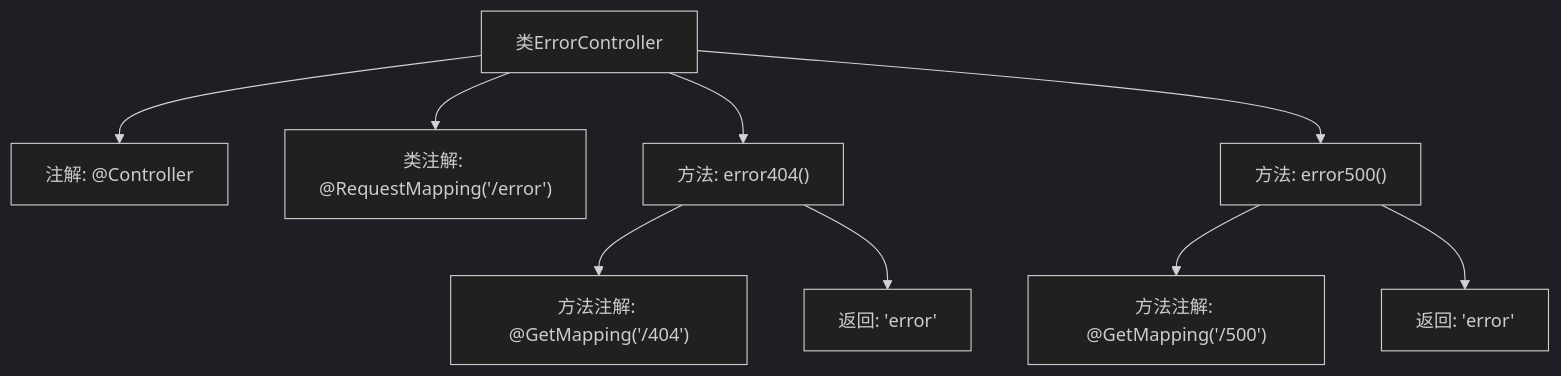
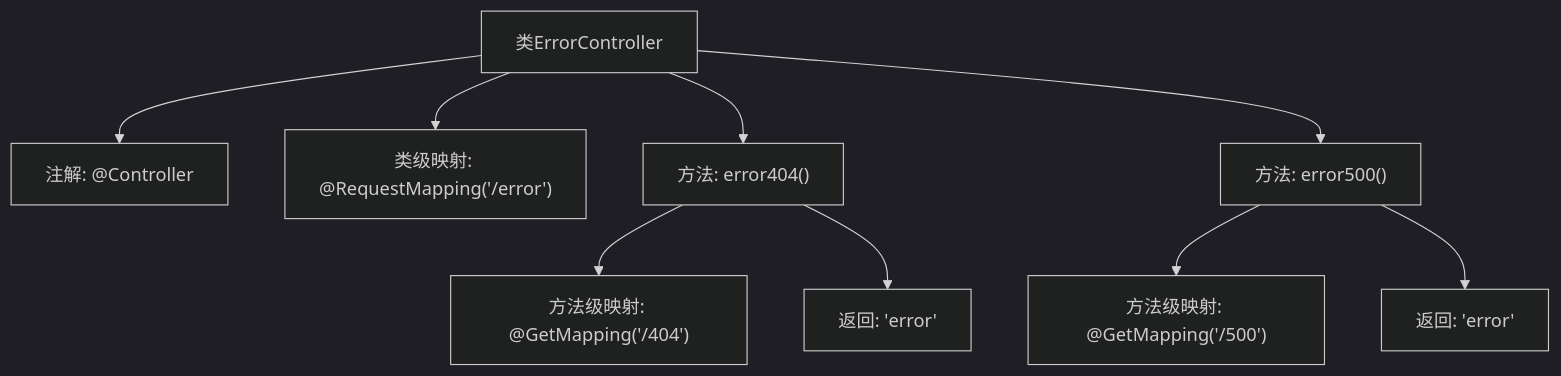
Before and after one commit to v-wjrong/rongwj666_weixin-java-miniapp-demo: the second of 2 diagrams in docs/zh/docs/src/main/java/com/github/binarywang/demo/wx/miniapp/error/ErrorController.md, drawn with Mermaid (dark theme). The commit also changed other lines of this file and 47 other files, not shown here.

````diff
--- a/docs/zh/docs/src/main/java/com/github/binarywang/demo/wx/miniapp/error/ErrorController.md
+++ b/docs/zh/docs/src/main/java/com/github/binarywang/demo/wx/miniapp/error/ErrorController.md
@@ -51,21 +57,21 @@
 ```mermaid
 graph TD
     A["类ErrorController"]
     B["注解: @Controller"]
-    C["类注解: @RequestMapping('/error')"]
+    C["类级映射: @RequestMapping('/error')"]
     D["方法: error404()"]
-    E["方法注解: @GetMapping('/404')"]
+    E["方法级映射: @GetMapping('/404')"]
     F["返回: 'error'"]
     G["方法: error500()"]
-    H["方法注解: @GetMapping('/500')"]
+    H["方法级映射: @GetMapping('/500')"]
     I["返回: 'error'"]
 
     A --> B
     A --> C
     A --> D
     D --> E
     D --> F
     A --> G
     G --> H
     G --> I
 ```
````
